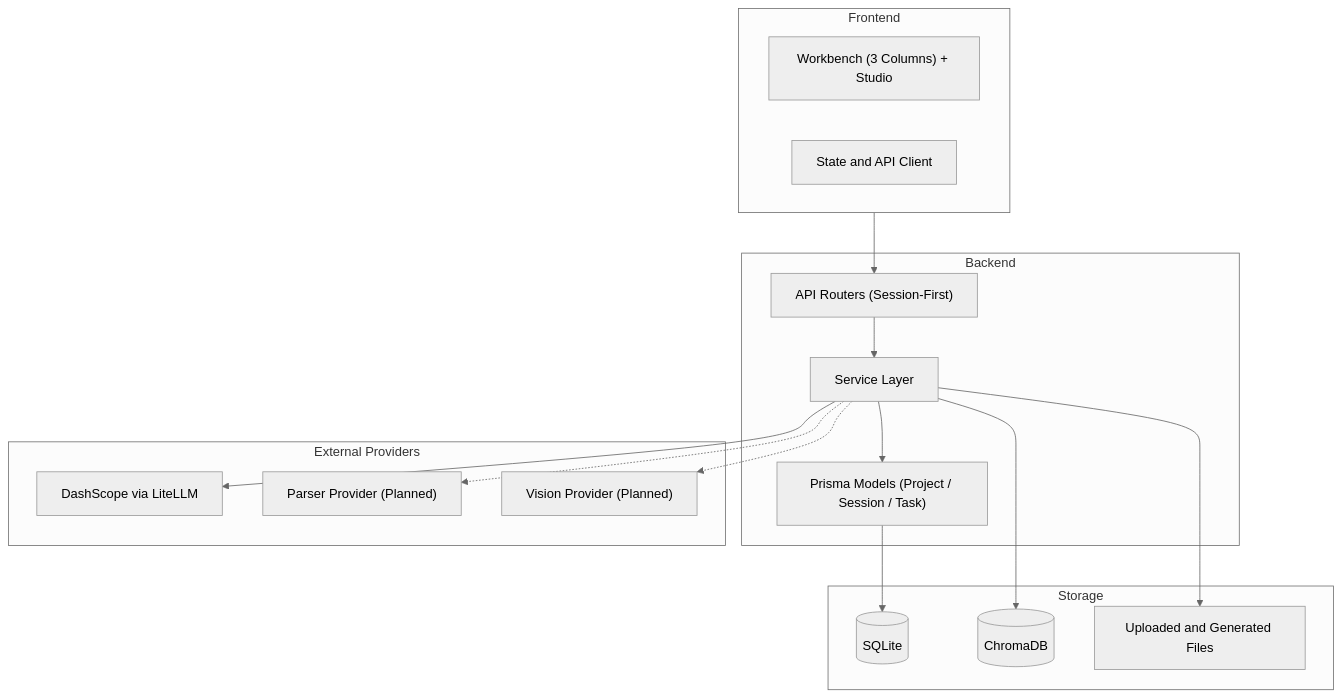
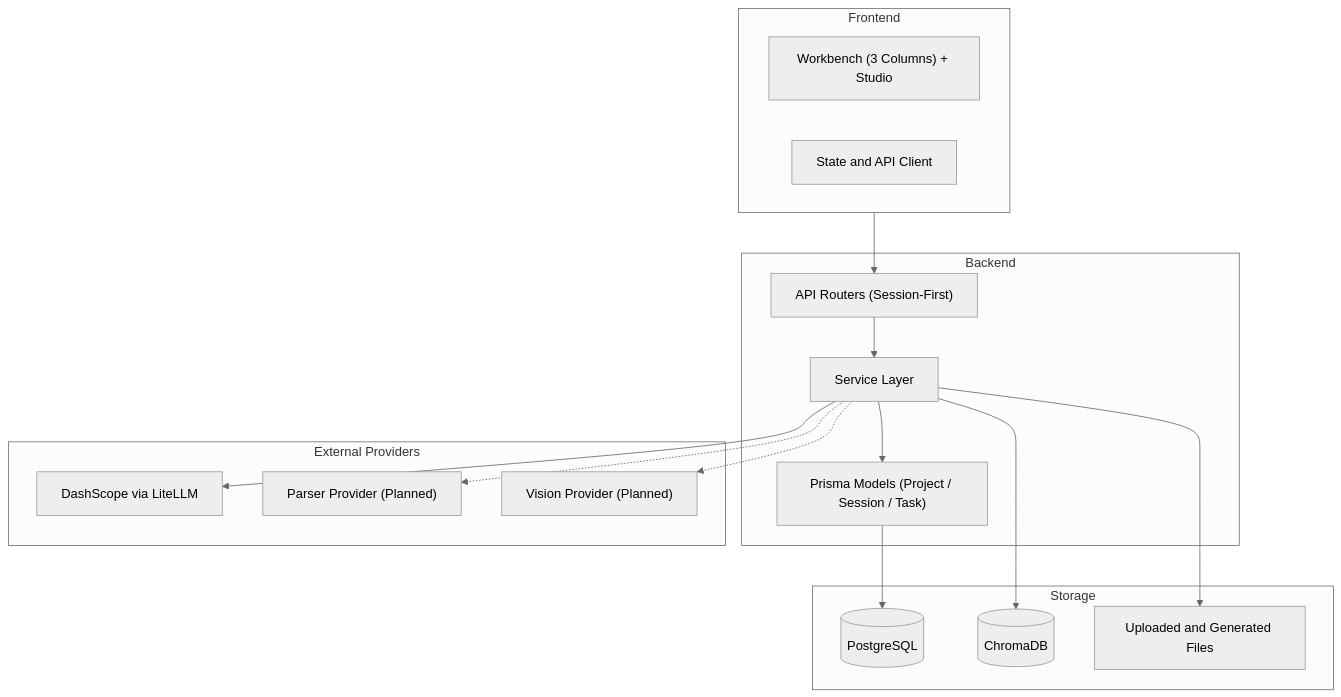
One commit to ln-one/Spectra changed the diagram in docs/architecture/system/overview.md. Above: the diagram before and after it, drawn with Mermaid (neutral theme). The commit also changed other lines of this file and 11 other files, not shown here.

````diff
--- a/docs/architecture/system/overview.md
+++ b/docs/architecture/system/overview.md
@@ -11,35 +11,35 @@
 ```mermaid
 flowchart TB
  subgraph FE["Frontend"]
  FEPages["Workbench (3 Columns) + Studio"]
  FEState["State and API Client"]
  end
 
  subgraph BE["Backend"]
  BERouter["API Routers (Session-First)"]
  BEService["Service Layer"]
  BEModel["Prisma Models (Project / Session / Task)"]
  end
 
  subgraph Store["Storage"]
- DB[("SQLite")]
+ DB[("PostgreSQL")]
  VDB[("ChromaDB")]
  FS["Uploaded and Generated Files"]
  end
 
  subgraph Ext["External Providers"]
  LLM["DashScope via LiteLLM"]
  Parser["Parser Provider (Planned)"]
  Vision["Vision Provider (Planned)"]
  end
 
  FE --> BERouter
  BERouter --> BEService
  BEService --> BEModel
  BEModel --> DB
  BEService --> VDB
  BEService --> FS
  BEService --> LLM
  BEService -.-> Parser
  BEService -.-> Vision
 ```
````
